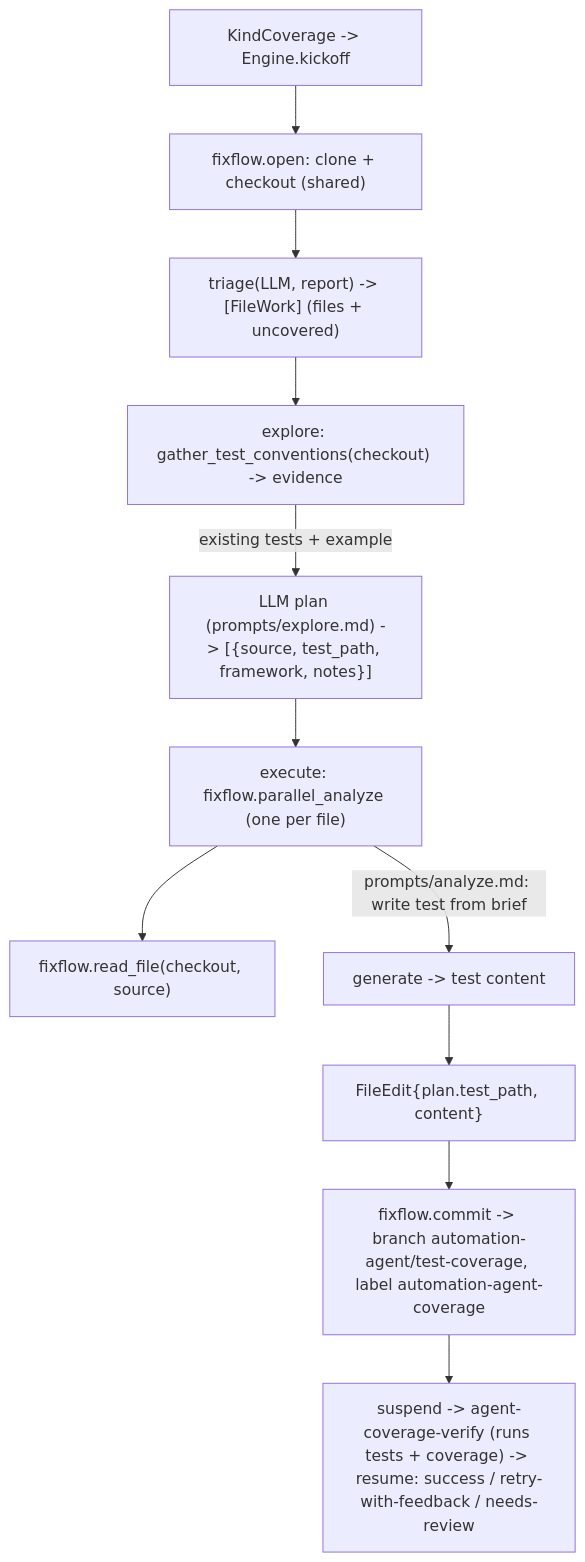
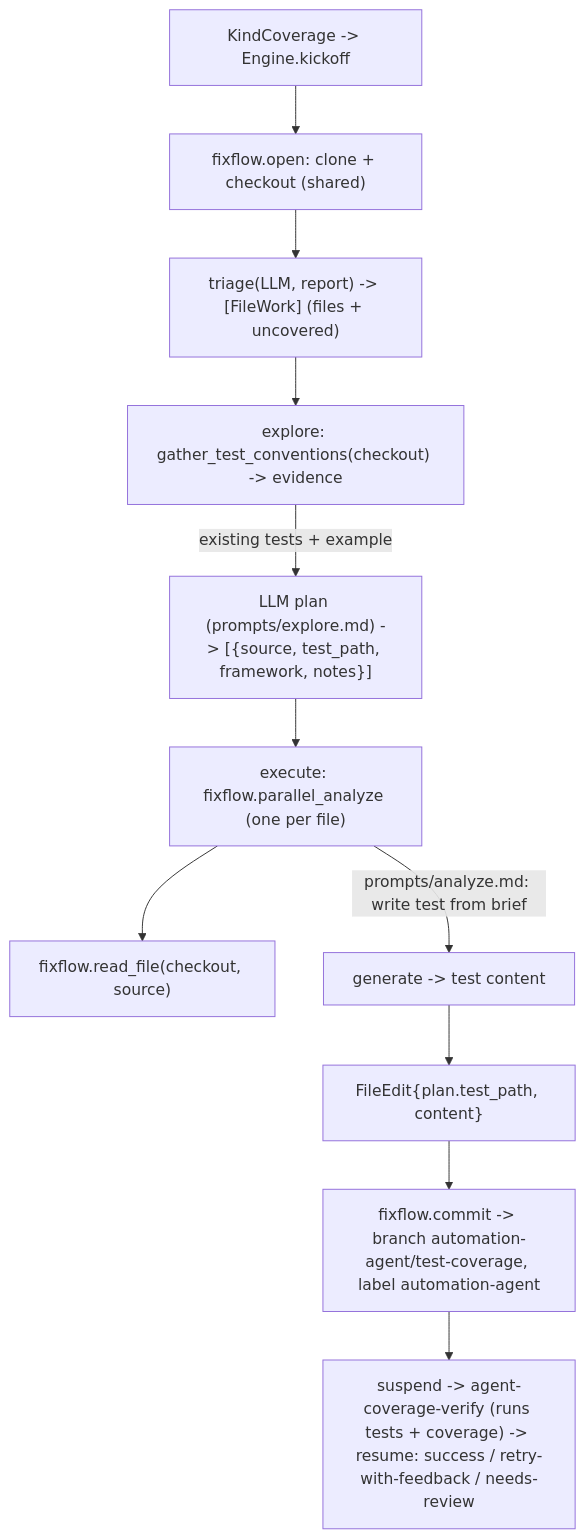
The diagram in python/automation_agent/agent/covfixer/AGENTS.md (jkjamies/automation-agent), drawn with Mermaid before and after one commit. The commit also changed 61 other files, not shown here.

First line of the commit message:
Parity follow-ups: PR-lookup-by-branch, single AGENT_PR_LABEL, Kotlin sweep collect-all (#4)

````diff
--- a/python/automation_agent/agent/covfixer/AGENTS.md
+++ b/python/automation_agent/agent/covfixer/AGENTS.md
@@ -18,13 +18,13 @@
 ```mermaid
 flowchart TD
     K["KindCoverage -> Engine.kickoff"] --> Open["fixflow.open: clone + checkout (shared)"]
     Open --> T["triage(LLM, report) -> [FileWork] (files + uncovered)"]
     T --> EX["explore: gather_test_conventions(checkout) -> evidence"]
     EX -->|"existing tests + example"| Plan["LLM plan (prompts/explore.md) -> [{source, test_path, framework, notes}]"]
     Plan --> Exec["execute: fixflow.parallel_analyze (one per file)"]
     Exec --> Read["fixflow.read_file(checkout, source)"]
     Exec -->|"prompts/analyze.md: write test from brief"| Gen["generate -> test content"]
     Gen --> FE["FileEdit{plan.test_path, content}"]
-    FE --> Commit["fixflow.commit -> branch automation-agent/test-coverage, label automation-agent-coverage"]
+    FE --> Commit["fixflow.commit -> branch automation-agent/test-coverage, label automation-agent"]
     Commit --> Loop["suspend -> agent-coverage-verify (runs tests + coverage) -> resume: success / retry-with-feedback / needs-review"]
 ```
````
